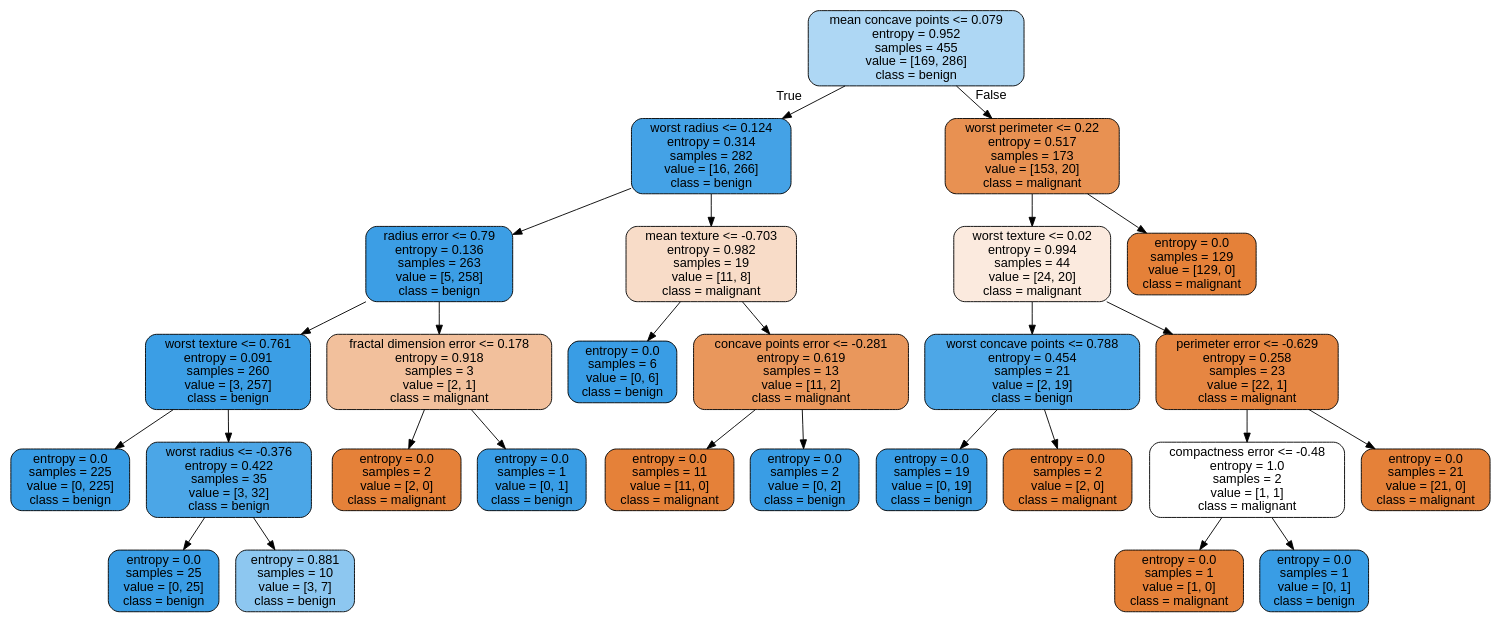
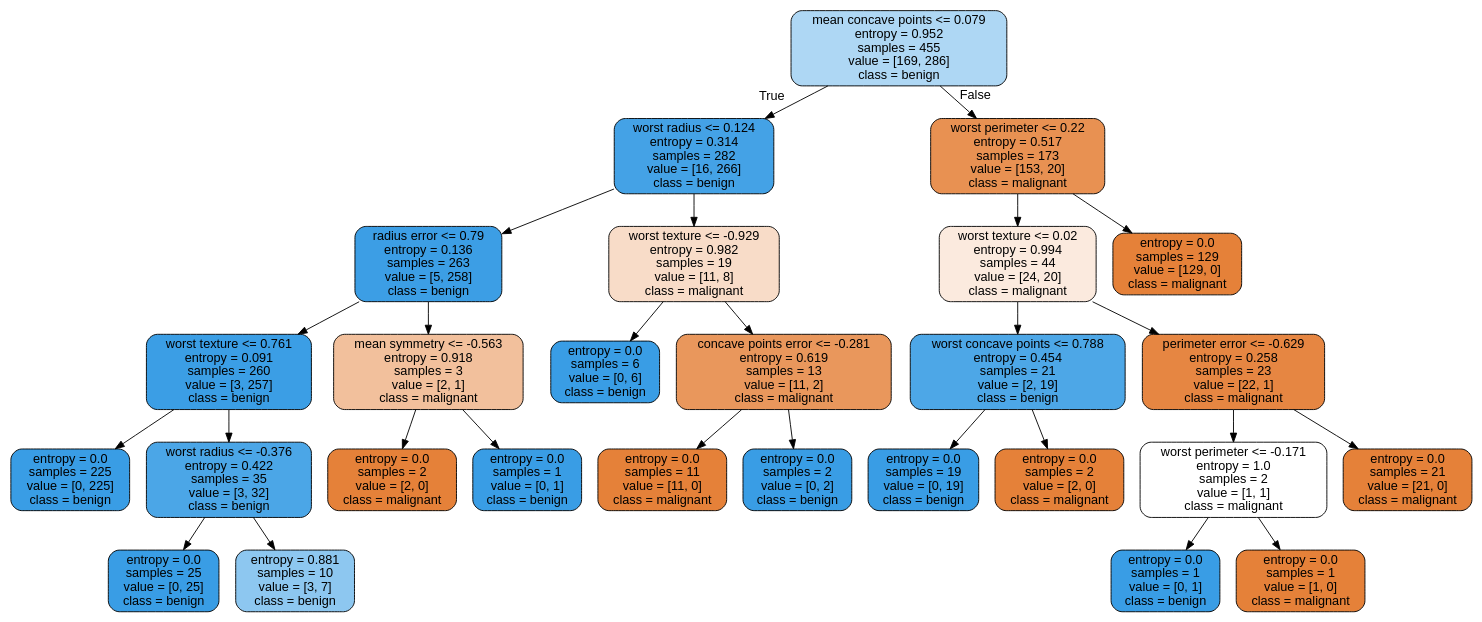
The diagram in tree_breast_cancer.dot (ahadimuhsin/credit-card-fraud-detection), drawn with Graphviz before and after one commit. The commit also changed 19 other files, not shown here.

```diff
--- a/tree_breast_cancer.dot
+++ b/tree_breast_cancer.dot
@@ -1,57 +1,57 @@
 digraph Tree {
 node [shape=box, style="filled, rounded", color="black", fontname=helvetica] ;
 edge [fontname=helvetica] ;
 0 [label="mean concave points <= 0.079\nentropy = 0.952\nsamples = 455\nvalue = [169, 286]\nclass = benign", fillcolor="#399de568"] ;
 1 [label="worst radius <= 0.124\nentropy = 0.314\nsamples = 282\nvalue = [16, 266]\nclass = benign", fillcolor="#399de5f0"] ;
 0 -> 1 [labeldistance=2.5, labelangle=45, headlabel="True"] ;
 2 [label="radius error <= 0.79\nentropy = 0.136\nsamples = 263\nvalue = [5, 258]\nclass = benign", fillcolor="#399de5fa"] ;
 1 -> 2 ;
 3 [label="worst texture <= 0.761\nentropy = 0.091\nsamples = 260\nvalue = [3, 257]\nclass = benign", fillcolor="#399de5fc"] ;
 2 -> 3 ;
 4 [label="entropy = 0.0\nsamples = 225\nvalue = [0, 225]\nclass = benign", fillcolor="#399de5ff"] ;
 3 -> 4 ;
 5 [label="worst radius <= -0.376\nentropy = 0.422\nsamples = 35\nvalue = [3, 32]\nclass = benign", fillcolor="#399de5e7"] ;
 3 -> 5 ;
 6 [label="entropy = 0.0\nsamples = 25\nvalue = [0, 25]\nclass = benign", fillcolor="#399de5ff"] ;
 5 -> 6 ;
 7 [label="entropy = 0.881\nsamples = 10\nvalue = [3, 7]\nclass = benign", fillcolor="#399de592"] ;
 5 -> 7 ;
-8 [label="fractal dimension error <= 0.178\nentropy = 0.918\nsamples = 3\nvalue = [2, 1]\nclass = malignant", fillcolor="#e581397f"] ;
+8 [label="mean symmetry <= -0.563\nentropy = 0.918\nsamples = 3\nvalue = [2, 1]\nclass = malignant", fillcolor="#e581397f"] ;
 2 -> 8 ;
 9 [label="entropy = 0.0\nsamples = 2\nvalue = [2, 0]\nclass = malignant", fillcolor="#e58139ff"] ;
 8 -> 9 ;
 10 [label="entropy = 0.0\nsamples = 1\nvalue = [0, 1]\nclass = benign", fillcolor="#399de5ff"] ;
 8 -> 10 ;
-11 [label="mean texture <= -0.703\nentropy = 0.982\nsamples = 19\nvalue = [11, 8]\nclass = malignant", fillcolor="#e5813946"] ;
+11 [label="worst texture <= -0.929\nentropy = 0.982\nsamples = 19\nvalue = [11, 8]\nclass = malignant", fillcolor="#e5813946"] ;
 1 -> 11 ;
 12 [label="entropy = 0.0\nsamples = 6\nvalue = [0, 6]\nclass = benign", fillcolor="#399de5ff"] ;
 11 -> 12 ;
 13 [label="concave points error <= -0.281\nentropy = 0.619\nsamples = 13\nvalue = [11, 2]\nclass = malignant", fillcolor="#e58139d1"] ;
 11 -> 13 ;
 14 [label="entropy = 0.0\nsamples = 11\nvalue = [11, 0]\nclass = malignant", fillcolor="#e58139ff"] ;
 13 -> 14 ;
 15 [label="entropy = 0.0\nsamples = 2\nvalue = [0, 2]\nclass = benign", fillcolor="#399de5ff"] ;
 13 -> 15 ;
 16 [label="worst perimeter <= 0.22\nentropy = 0.517\nsamples = 173\nvalue = [153, 20]\nclass = malignant", fillcolor="#e58139de"] ;
 0 -> 16 [labeldistance=2.5, labelangle=-45, headlabel="False"] ;
 17 [label="worst texture <= 0.02\nentropy = 0.994\nsamples = 44\nvalue = [24, 20]\nclass = malignant", fillcolor="#e581392a"] ;
 16 -> 17 ;
 18 [label="worst concave points <= 0.788\nentropy = 0.454\nsamples = 21\nvalue = [2, 19]\nclass = benign", fillcolor="#399de5e4"] ;
 17 -> 18 ;
 19 [label="entropy = 0.0\nsamples = 19\nvalue = [0, 19]\nclass = benign", fillcolor="#399de5ff"] ;
 18 -> 19 ;
 20 [label="entropy = 0.0\nsamples = 2\nvalue = [2, 0]\nclass = malignant", fillcolor="#e58139ff"] ;
 18 -> 20 ;
 21 [label="perimeter error <= -0.629\nentropy = 0.258\nsamples = 23\nvalue = [22, 1]\nclass = malignant", fillcolor="#e58139f3"] ;
 17 -> 21 ;
-22 [label="compactness error <= -0.48\nentropy = 1.0\nsamples = 2\nvalue = [1, 1]\nclass = malignant", fillcolor="#e5813900"] ;
+22 [label="worst perimeter <= -0.171\nentropy = 1.0\nsamples = 2\nvalue = [1, 1]\nclass = malignant", fillcolor="#e5813900"] ;
 21 -> 22 ;
-23 [label="entropy = 0.0\nsamples = 1\nvalue = [1, 0]\nclass = malignant", fillcolor="#e58139ff"] ;
+23 [label="entropy = 0.0\nsamples = 1\nvalue = [0, 1]\nclass = benign", fillcolor="#399de5ff"] ;
 22 -> 23 ;
-24 [label="entropy = 0.0\nsamples = 1\nvalue = [0, 1]\nclass = benign", fillcolor="#399de5ff"] ;
+24 [label="entropy = 0.0\nsamples = 1\nvalue = [1, 0]\nclass = malignant", fillcolor="#e58139ff"] ;
 22 -> 24 ;
 25 [label="entropy = 0.0\nsamples = 21\nvalue = [21, 0]\nclass = malignant", fillcolor="#e58139ff"] ;
 21 -> 25 ;
 26 [label="entropy = 0.0\nsamples = 129\nvalue = [129, 0]\nclass = malignant", fillcolor="#e58139ff"] ;
 16 -> 26 ;
 }
```
